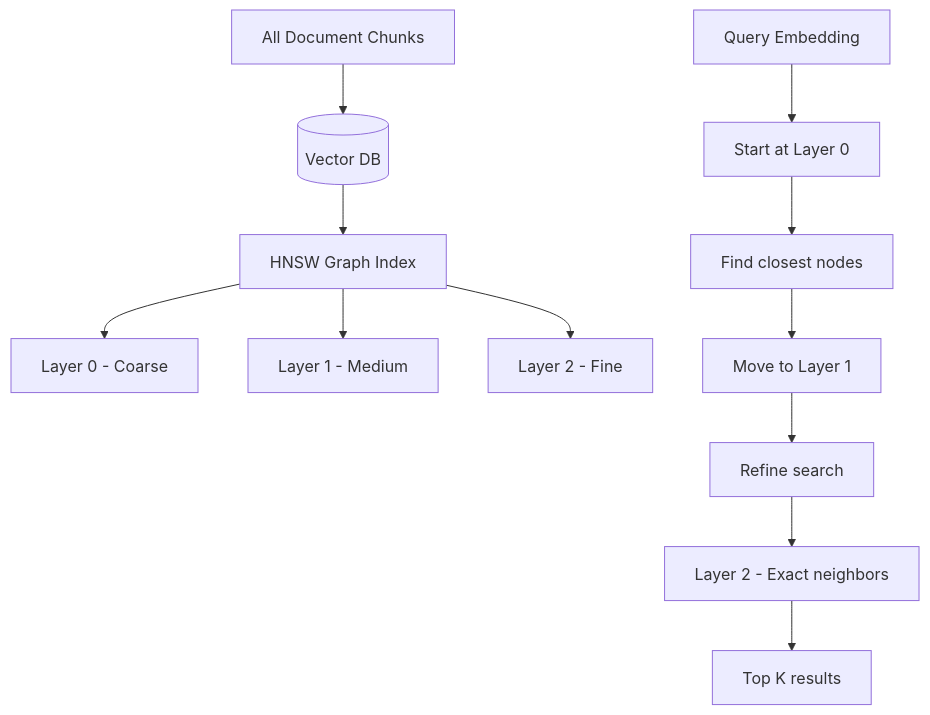
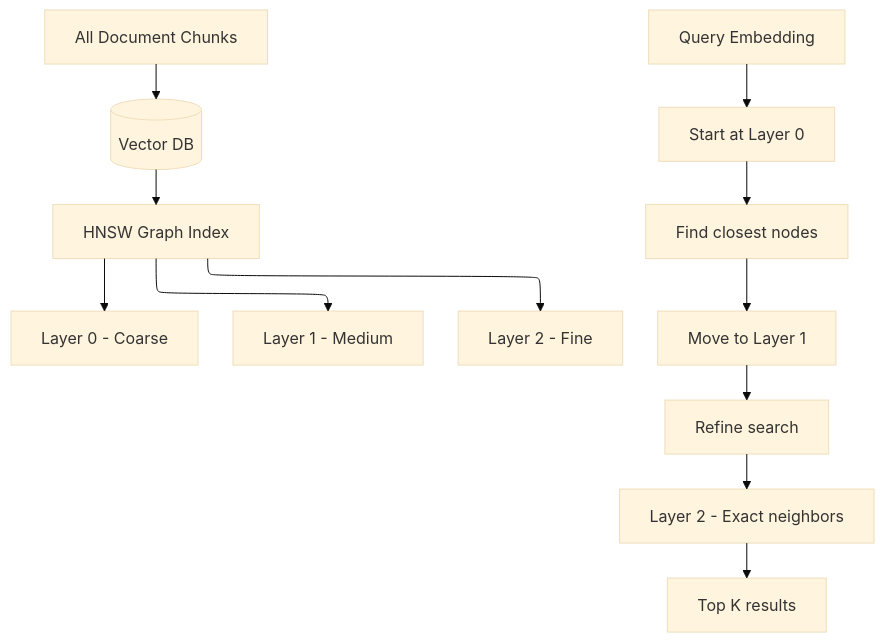
One commit to Vineet-Sharma-Medium-Stories/Medium-Build-Tool changed the seventh of 7 diagrams in Enterprise AI Architecture: A Comprehensive Technical Blueprint - 4 Parts/Enterprise AI Architecture Part 1: The Foundation - User Access & Data Ingestion.md. Above: the diagram before and after it, drawn with Mermaid. The commit also changed other lines of this file and 53 other files, not shown here.

Commit message:
Enterprise AI Architecture Part 1: The Foundation - User Access & Data Ingestion

````diff
--- a/Enterprise AI Architecture: A Comprehensive Technical Blueprint - 4 Parts/Enterprise AI Architecture Part 1: The Foundation - User Access & Data Ingestion.md
+++ b/Enterprise AI Architecture: A Comprehensive Technical Blueprint - 4 Parts/Enterprise AI Architecture Part 1: The Foundation - User Access & Data Ingestion.md
@@ -646,16 +705,21 @@
 ```mermaid
+---
+config:
+  theme: base
+  layout: elk
+---
 graph TD
     A[All Document Chunks] --> B[(Vector DB)]
     B --> C[HNSW Graph Index]
     
     C --> D[Layer 0 - Coarse]
     C --> E[Layer 1 - Medium]
     C --> F[Layer 2 - Fine]
     
     G[Query Embedding] --> H[Start at Layer 0]
     H --> I[Find closest nodes]
     I --> J[Move to Layer 1]
     J --> K[Refine search]
     K --> L[Layer 2 - Exact neighbors]
     L --> M[Top K results]
 ```
````
